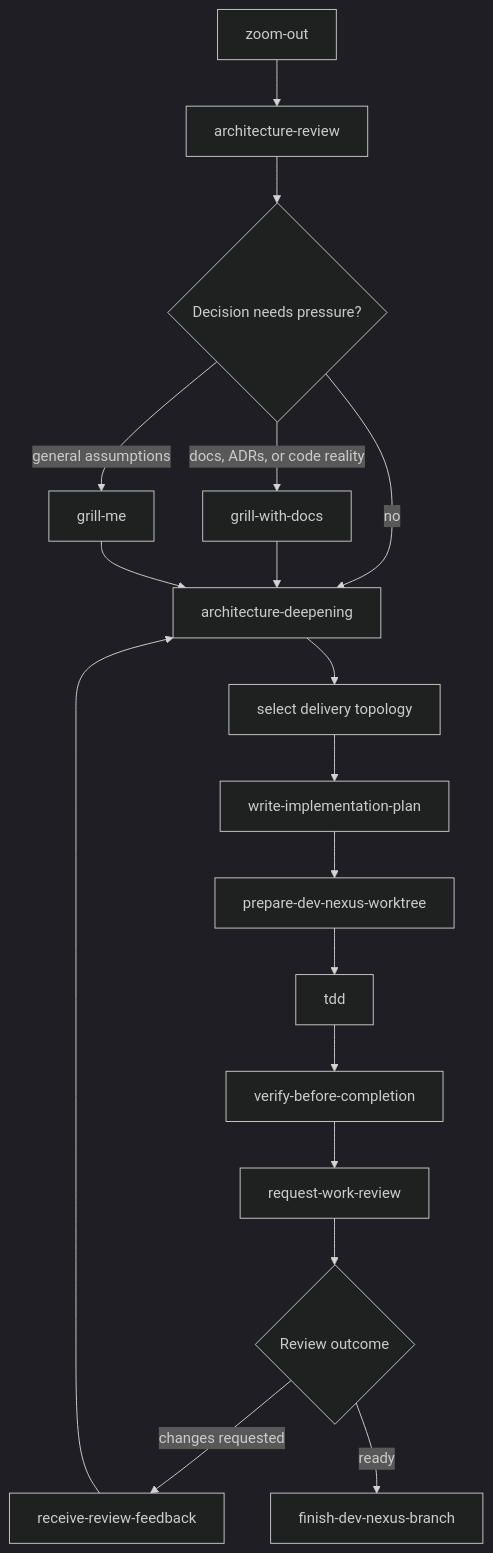
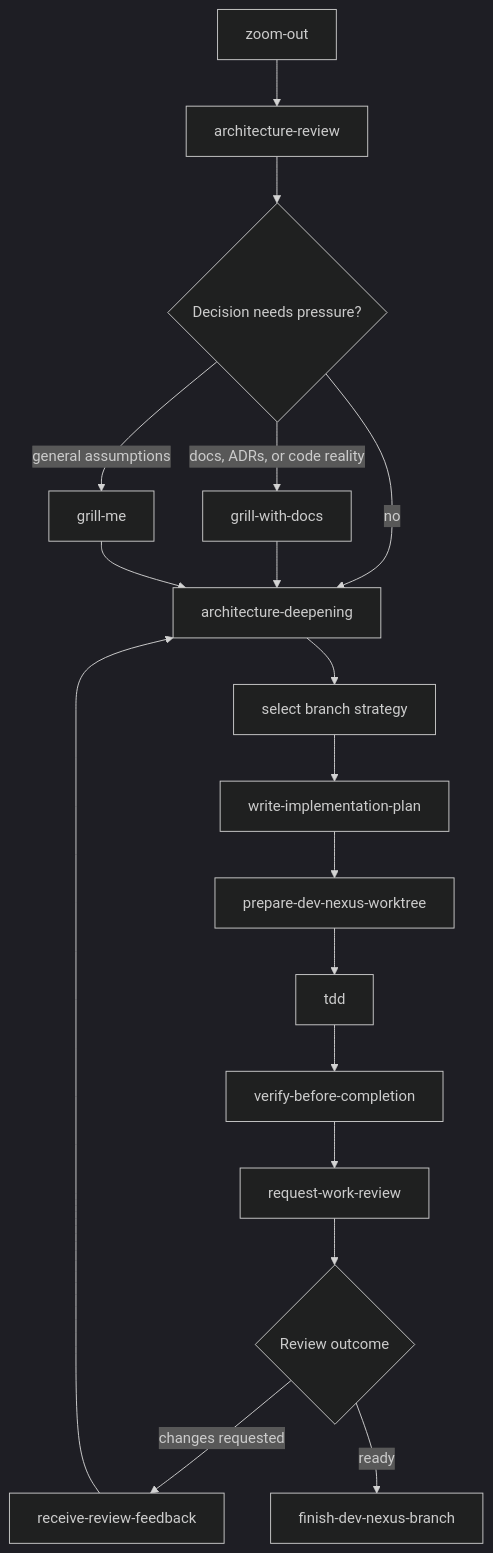
The seventh of 9 diagrams in docs/user/skill-chains.md (Evref-BL/DevNexus), drawn with Mermaid (dark theme) before and after one commit. The commit also changed other lines of this file and 16 other files, not shown here.

````diff
--- a/docs/user/skill-chains.md
+++ b/docs/user/skill-chains.md
@@ -158,20 +159,20 @@
 ```mermaid
 flowchart TD
   A["zoom-out"] --> B["architecture-review"]
   B --> C{"Decision needs pressure?"}
   C -->|"docs, ADRs, or code reality"| D["grill-with-docs"]
   C -->|"general assumptions"| E["grill-me"]
   C -->|"no"| F["architecture-deepening"]
   D --> F
   E --> F
-  F --> T["select delivery topology"]
+  F --> T["select branch strategy"]
   T --> G["write-implementation-plan"]
   G --> H["prepare-dev-nexus-worktree"]
   H --> I["tdd"]
   I --> J["verify-before-completion"]
   J --> K["request-work-review"]
   K --> L{"Review outcome"}
   L -->|"changes requested"| M["receive-review-feedback"]
   M --> F
   L -->|"ready"| N["finish-dev-nexus-branch"]
 ```
````
